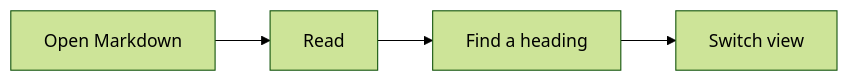
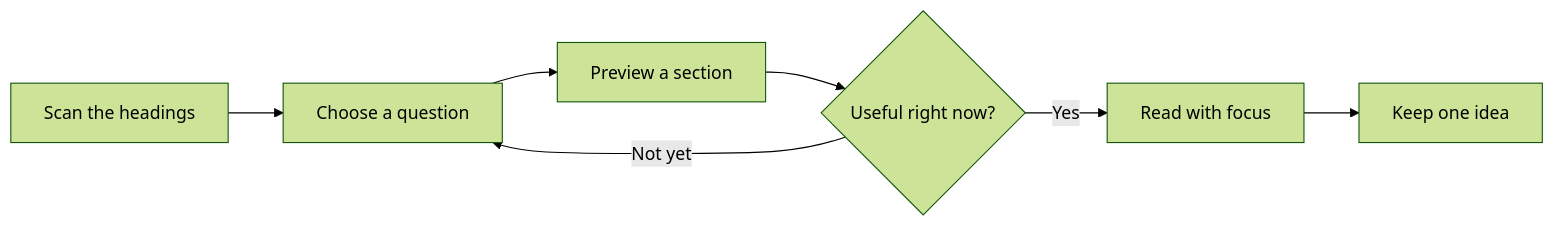
Before and after one commit to k-veloso/crumbs-app: the diagram in reader.md, drawn with Mermaid (forest theme). The commit also changed other lines of this file, not shown here.

Commit message:
Polish Markdown reader sample content

````diff
--- a/reader.md
+++ b/reader.md
@@ -36,6 +96,9 @@
 ```mermaid
 flowchart LR
-  A[Open Markdown] --> B[Read]
-  B --> C[Find a heading]
-  C --> D[Switch view]
+  A[Scan the headings] --> B[Choose a question]
+  B --> C[Preview a section]
+  C --> D{Useful right now?}
+  D -->|Yes| E[Read with focus]
+  D -->|Not yet| B
+  E --> F[Keep one idea]
 ```
````
